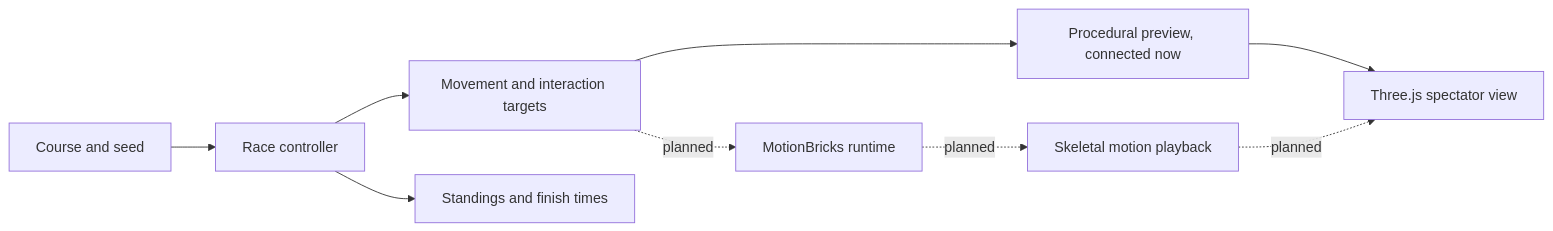
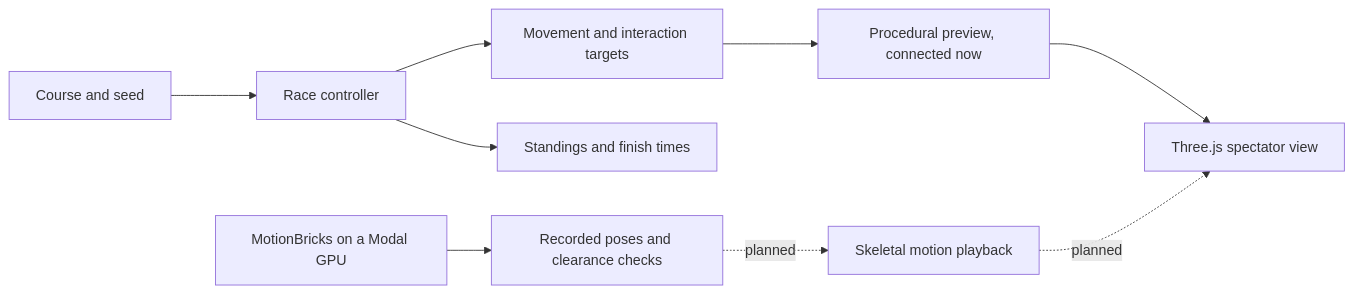
One commit to EnesYilmazcode/MotionGuys changed the diagram in README.md. Above: the diagram before and after it, drawn with Mermaid. The commit also changed other lines of this file and 1 other file, not shown here.

Commit message:
Show measured motion results in the README

````diff
--- a/README.md
+++ b/README.md
@@ -23,11 +23,11 @@
 ```mermaid
 flowchart LR
   C["Course and seed"] --> R["Race controller"]
   R --> T["Movement and interaction targets"]
   T --> P["Procedural preview, connected now"]
-  T -. planned .-> M["MotionBricks runtime"]
-  M -. planned .-> S["Skeletal motion playback"]
+  M["MotionBricks on a Modal GPU"] --> F["Recorded poses and clearance checks"]
+  F -. planned .-> S["Skeletal motion playback"]
   P --> V["Three.js spectator view"]
   S -. planned .-> V
   R --> H["Standings and finish times"]
 ```
````
